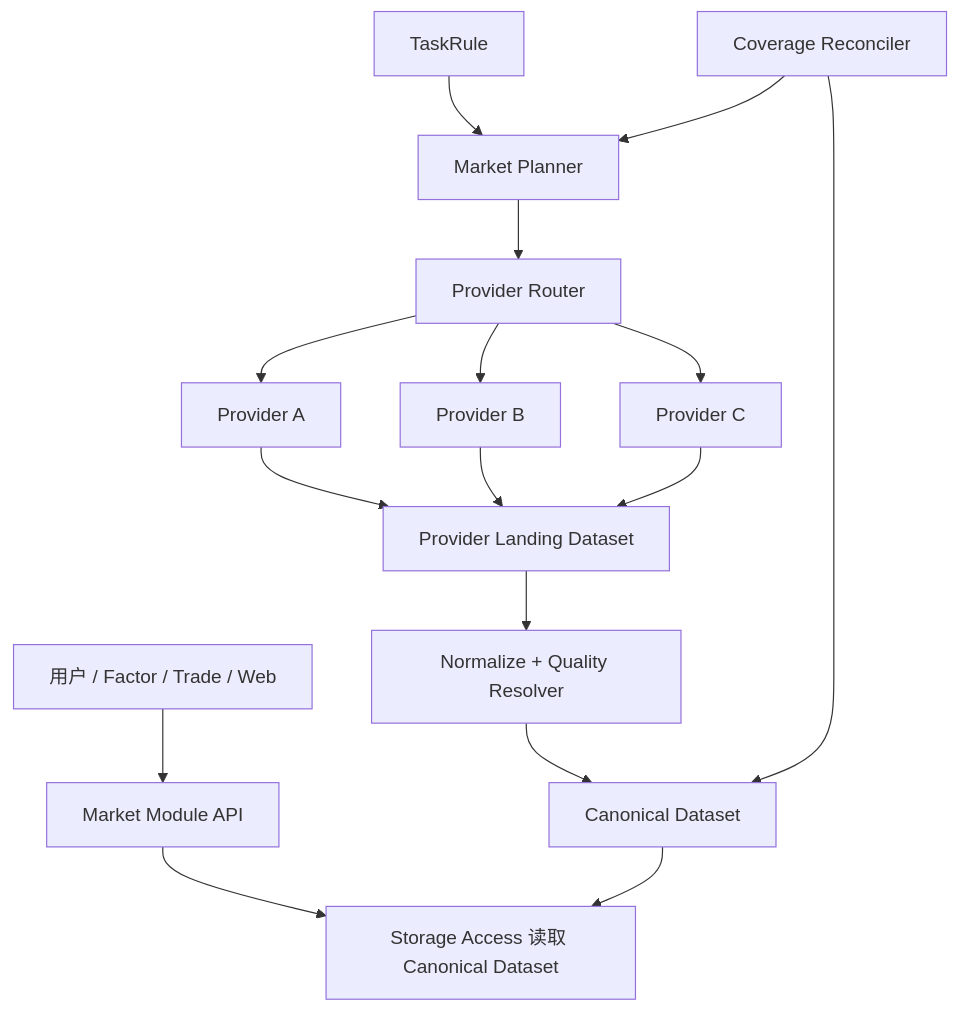
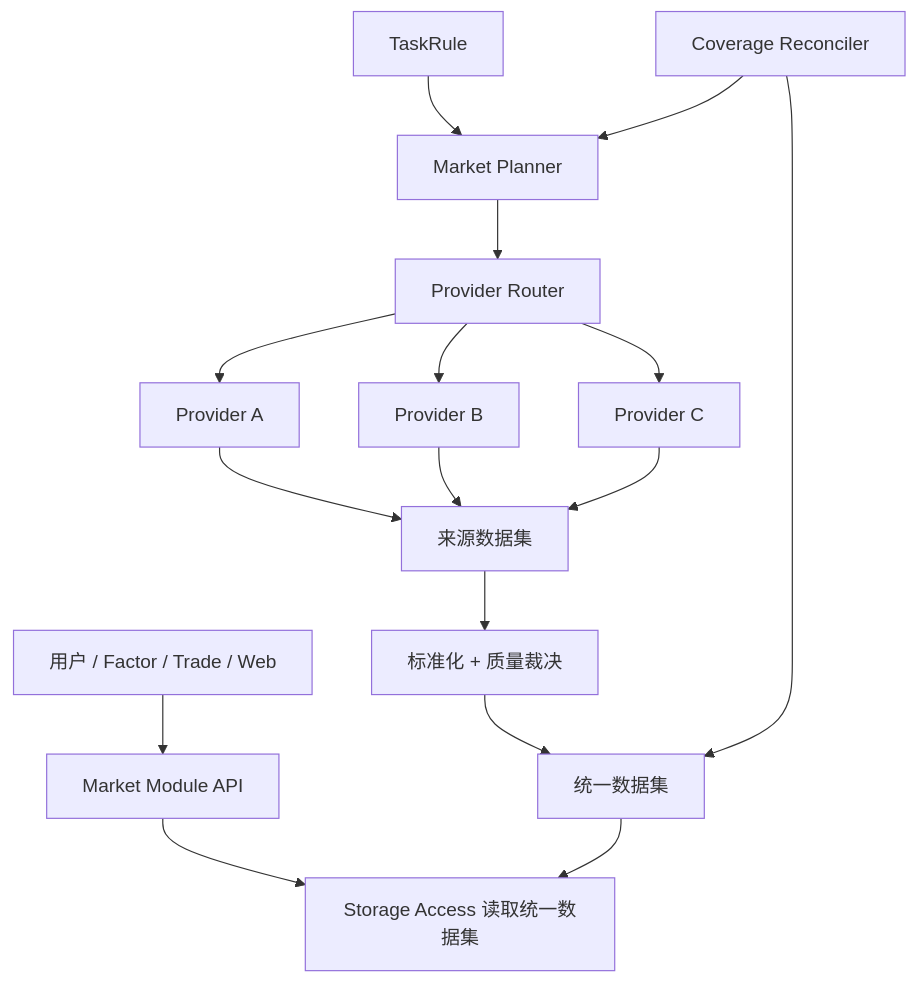
The diagram in docs/内置市场行情采集架构.md (mooyang-code/moox), drawn with Mermaid before and after one commit. The commit also changed other lines of this file and 4 other files, not shown here.

First line of the commit message:
docs(collector): align market data terms and SCF model

````diff
--- a/docs/内置市场行情采集架构.md
+++ b/docs/内置市场行情采集架构.md
@@ -104,19 +104,19 @@
 ```mermaid
 flowchart TD
     User["用户 / Factor / Trade / Web"] --> Market["Market Module API"]
-    Market --> Read["Storage Access 读取 Canonical Dataset"]
+    Market --> Read["Storage Access 读取统一数据集"]
 
     Rule["TaskRule"] --> Planner["Market Planner"]
     Planner --> Router["Provider Router"]
     Router --> P1["Provider A"]
     Router --> P2["Provider B"]
     Router --> P3["Provider C"]
-    P1 --> Landing["Provider Landing Dataset"]
-    P2 --> Landing
-    P3 --> Landing
-    Landing --> Quality["Normalize + Quality Resolver"]
-    Quality --> Canonical["Canonical Dataset"]
-    Canonical --> Read
-    Coverage["Coverage Reconciler"] --> Canonical
+    P1 --> SourceData["来源数据集"]
+    P2 --> SourceData
+    P3 --> SourceData
+    SourceData --> Quality["标准化 + 质量裁决"]
+    Quality --> Unified["统一数据集"]
+    Unified --> Read
+    Coverage["Coverage Reconciler"] --> Unified
     Coverage --> Planner
 ```
````
